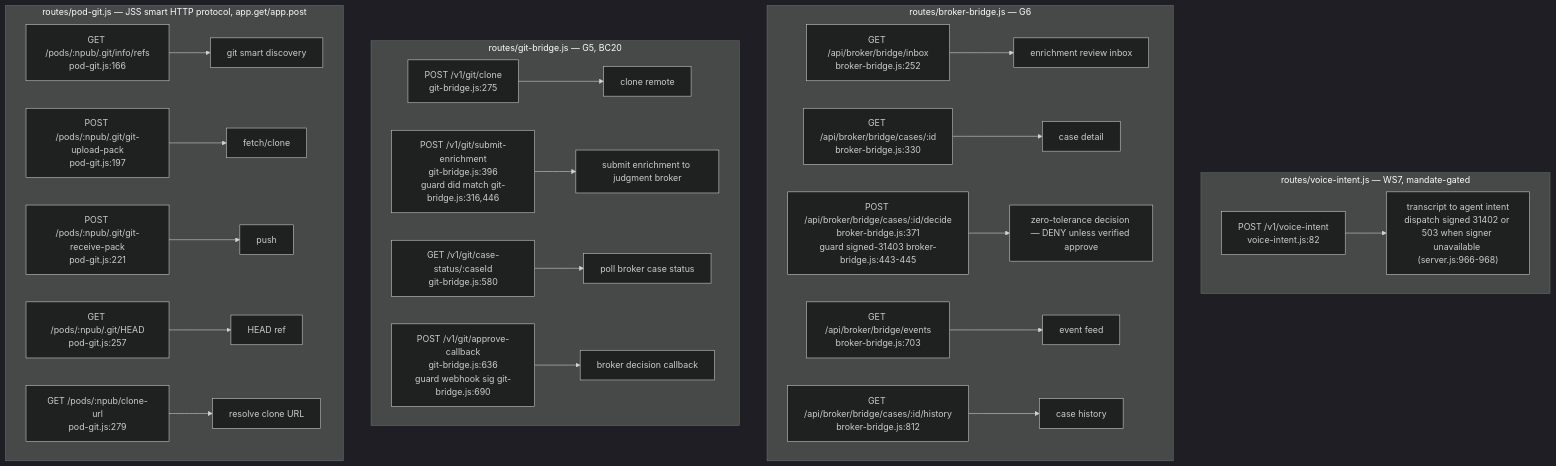
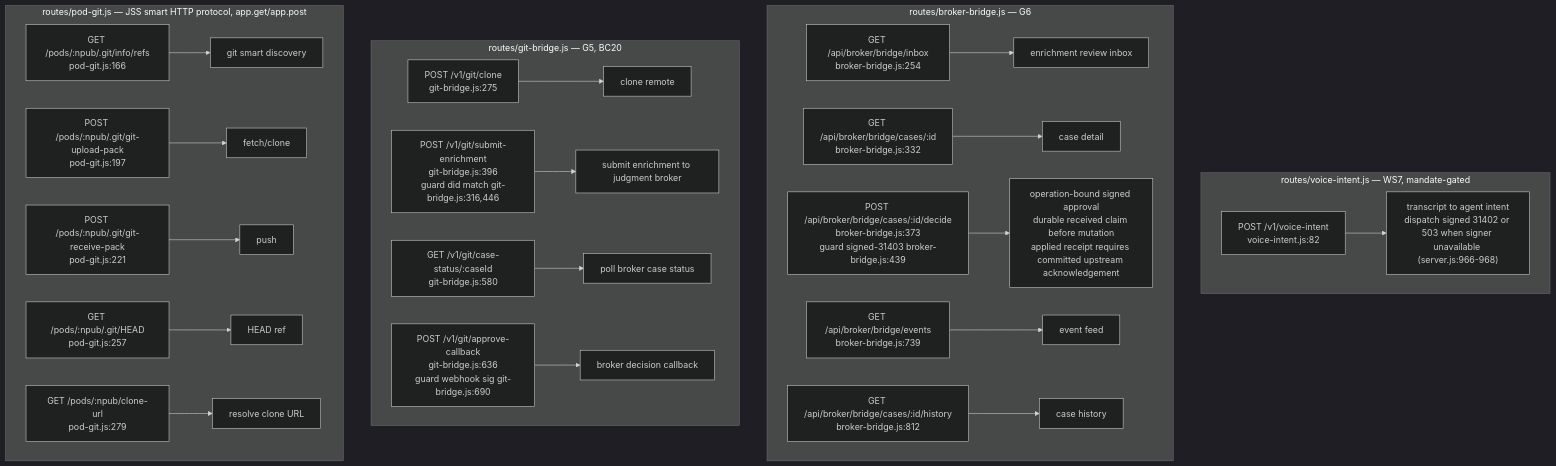
One commit to DreamLab-AI/VisionFlow changed diagram 11 of 17 in docs/diagrams/agentbox/03-management-api-request-lifecycle.md. Above: the diagram before and after it, drawn with Mermaid (dark theme). The commit also changed other lines of this file and 51 other files, not shown here.

First line of the commit message:
docs(diagrams): agentbox AB-01..13 re-attested anchor by anchor (980 anchors, 22 defects); checkpoint against an out-of-mesh writer

````diff
--- a/docs/diagrams/agentbox/03-management-api-request-lifecycle.md
+++ b/docs/diagrams/agentbox/03-management-api-request-lifecycle.md
@@ -425,26 +425,26 @@
 ```mermaid
 flowchart TD
     subgraph vi["routes/voice-intent.js — WS7, mandate-gated"]
         VI1["POST /v1/voice-intent<br/>voice-intent.js:82"] --> VIH1["transcript to agent intent<br/>dispatch signed 31402 or 503 when signer unavailable (server.js:966-968)"]
     end
     subgraph bb["routes/broker-bridge.js — G6"]
-        BB1["GET /api/broker/bridge/inbox<br/>broker-bridge.js:252"] --> BBH1["enrichment review inbox"]
-        BB2["GET /api/broker/bridge/cases/:id<br/>broker-bridge.js:330"] --> BBH2["case detail"]
-        BB3["POST /api/broker/bridge/cases/:id/decide<br/>broker-bridge.js:371<br/>guard signed-31403 broker-bridge.js:443-445"] --> BBH3["zero-tolerance decision — DENY unless verified approve"]
-        BB4["GET /api/broker/bridge/events<br/>broker-bridge.js:703"] --> BBH4["event feed"]
+        BB1["GET /api/broker/bridge/inbox<br/>broker-bridge.js:254"] --> BBH1["enrichment review inbox"]
+        BB2["GET /api/broker/bridge/cases/:id<br/>broker-bridge.js:332"] --> BBH2["case detail"]
+        BB3["POST /api/broker/bridge/cases/:id/decide<br/>broker-bridge.js:373<br/>guard signed-31403 broker-bridge.js:439"] --> BBH3["operation-bound signed approval<br/>durable received claim before mutation<br/>applied receipt requires committed upstream acknowledgement"]
+        BB4["GET /api/broker/bridge/events<br/>broker-bridge.js:739"] --> BBH4["event feed"]
         BB5["GET /api/broker/bridge/cases/:id/history<br/>broker-bridge.js:812"] --> BBH5["case history"]
     end
     subgraph gb["routes/git-bridge.js — G5, BC20"]
         GB1["POST /v1/git/clone<br/>git-bridge.js:275"] --> GBH1["clone remote"]
         GB2["POST /v1/git/submit-enrichment<br/>git-bridge.js:396<br/>guard did match git-bridge.js:316,446"] --> GBH2["submit enrichment to judgment broker"]
         GB3["GET /v1/git/case-status/:caseId<br/>git-bridge.js:580"] --> GBH3["poll broker case status"]
         GB4["POST /v1/git/approve-callback<br/>git-bridge.js:636<br/>guard webhook sig git-bridge.js:690"] --> GBH4["broker decision callback"]
     end
     subgraph pg["routes/pod-git.js — JSS smart HTTP protocol, app.get/app.post"]
         PG1["GET /pods/:npub/.git/info/refs<br/>pod-git.js:166"] --> PGH1["git smart discovery"]
         PG2["POST /pods/:npub/.git/git-upload-pack<br/>pod-git.js:197"] --> PGH2["fetch/clone"]
         PG3["POST /pods/:npub/.git/git-receive-pack<br/>pod-git.js:221"] --> PGH3["push"]
         PG4["GET /pods/:npub/.git/HEAD<br/>pod-git.js:257"] --> PGH4["HEAD ref"]
         PG5["GET /pods/:npub/clone-url<br/>pod-git.js:279"] --> PGH5["resolve clone URL"]
     end
 ```
````
